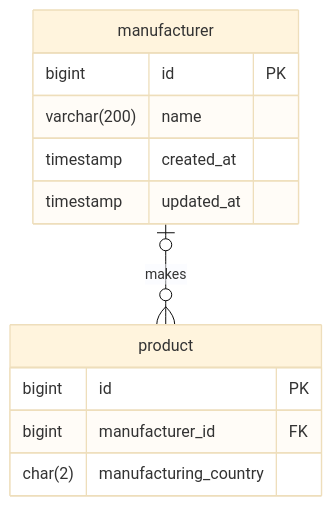
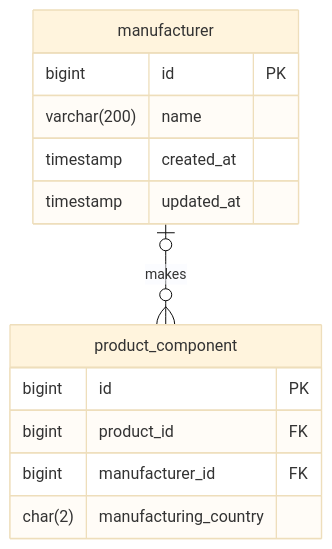
One commit to woowacourse-teams/2026-poudy changed the diagram in server/docs/product/product-manufacturer.md. Above: the diagram before and after it, drawn with Mermaid (base theme). The commit also changed other lines of this file and 29 other files, not shown here.

````diff
--- a/server/docs/product/product-manufacturer.md
+++ b/server/docs/product/product-manufacturer.md
@@ -22,16 +23,17 @@
 ```mermaid
 erDiagram
-    manufacturer |o--o{ product : makes
+    manufacturer |o--o{ product_component : makes
 
     manufacturer {
         bigint id PK
         varchar(200) name
         timestamp created_at
         timestamp updated_at
     }
-    product {
+    product_component {
         bigint id PK
+        bigint product_id FK
         bigint manufacturer_id FK
         char(2) manufacturing_country
     }
 ```
````
